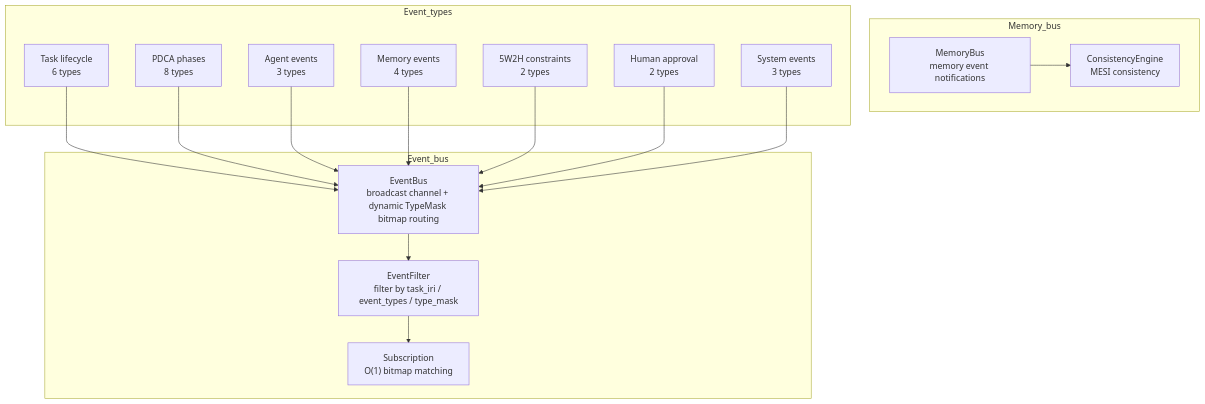
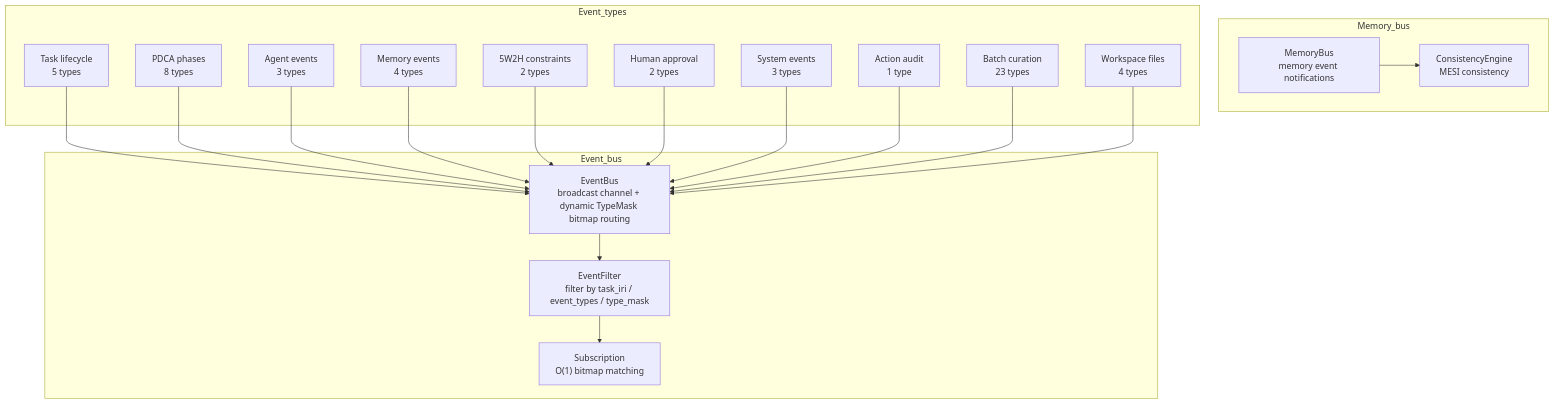
The first of 5 diagrams in docs/04-bus-system.md (skaiy/wild_agentos), drawn with Mermaid before and after one commit. The commit also changed other lines of this file and 27 other files, not shown here.

````diff
--- a/docs/04-bus-system.md
+++ b/docs/04-bus-system.md
@@ -7,27 +7,30 @@
 ```mermaid
 graph TB
     subgraph Event_bus
         EB["EventBus<br/>broadcast channel + dynamic TypeMask bitmap routing"]
         EF["EventFilter<br/>filter by task_iri / event_types / type_mask"]
         SUB["Subscription<br/>O(1) bitmap matching"]
     end
 
     subgraph Memory_bus
         MB["MemoryBus<br/>memory event notifications"]
         CE["ConsistencyEngine<br/>MESI consistency"]
     end
 
     subgraph Event_types
-        ET1["Task lifecycle<br/>6 types"]
+        ET1["Task lifecycle<br/>5 types"]
         ET2["PDCA phases<br/>8 types"]
         ET3["Agent events<br/>3 types"]
         ET4["Memory events<br/>4 types"]
         ET5["5W2H constraints<br/>2 types"]
         ET6["Human approval<br/>2 types"]
         ET7["System events<br/>3 types"]
+        ET8["Action audit<br/>1 type"]
+        ET9["Batch curation<br/>23 types"]
+        ET10["Workspace files<br/>4 types"]
     end
 
     EB --> EF --> SUB
     MB --> CE
-    ET1 & ET2 & ET3 & ET4 & ET5 & ET6 & ET7 --> EB
+    ET1 & ET2 & ET3 & ET4 & ET5 & ET6 & ET7 & ET8 & ET9 & ET10 --> EB
 ```
````
